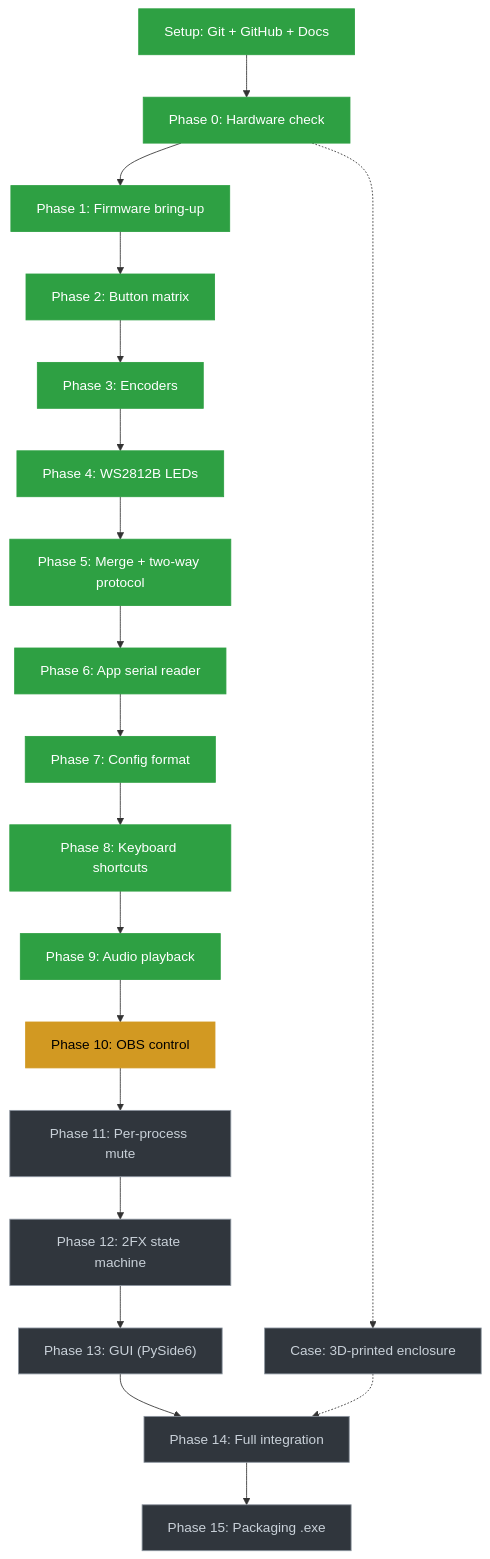
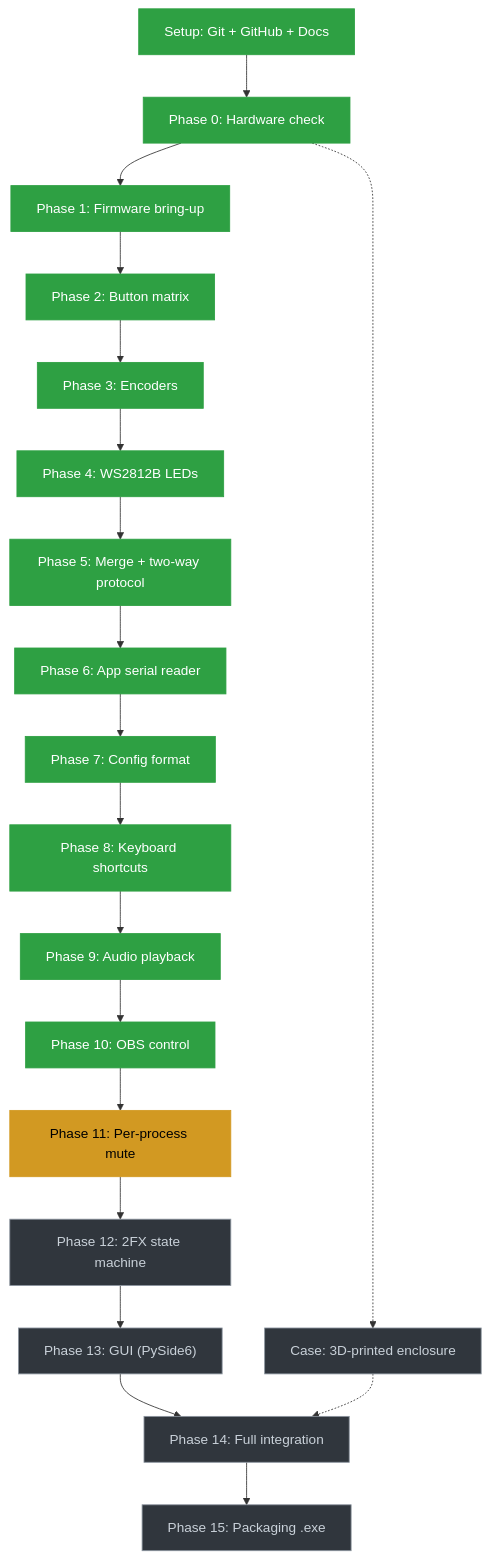
One commit to NeoCraftStudio/stream-deck-macro changed the diagram in README.md. Above: the diagram before and after it, drawn with Mermaid. The commit also changed 4 other files, not shown here.

Commit message:
phase 10 - obs connection test done and working

````diff
--- a/README.md
+++ b/README.md
@@ -19,25 +19,25 @@
 ```mermaid
 flowchart TD
     S["Setup: Git + GitHub + Docs"]:::done --> P0["Phase 0: Hardware check"]:::done
     P0 --> P1["Phase 1: Firmware bring-up"]:::done
     P1 --> P2["Phase 2: Button matrix"]:::done
     P2 --> P3["Phase 3: Encoders"]:::done
     P3 --> P4["Phase 4: WS2812B LEDs"]:::done
     P4 --> P5["Phase 5: Merge + two-way protocol"]:::done
     P5 --> P6["Phase 6: App serial reader"]:::done
     P6 --> P7["Phase 7: Config format"]:::done
     P7 --> P8["Phase 8: Keyboard shortcuts"]:::done
     P8 --> P9["Phase 9: Audio playback"]:::done
-    P9 --> P10["Phase 10: OBS control"]:::current
-    P10 --> P11["Phase 11: Per-process mute"]:::todo
+    P9 --> P10["Phase 10: OBS control"]:::done
+    P10 --> P11["Phase 11: Per-process mute"]:::current
     P11 --> P12["Phase 12: 2FX state machine"]:::todo
     P12 --> P13["Phase 13: GUI (PySide6)"]:::todo
     P13 --> P14["Phase 14: Full integration"]:::todo
     P14 --> P15["Phase 15: Packaging .exe"]:::todo
     P0 -.-> C["Case: 3D-printed enclosure"]:::todo
     C -.-> P14
 
     classDef done fill:#2ea043,stroke:#2ea043,color:#fff
     classDef current fill:#d29922,stroke:#d29922,color:#000
     classDef todo fill:#30363d,stroke:#8b949e,color:#c9d1d9
 ```
````
